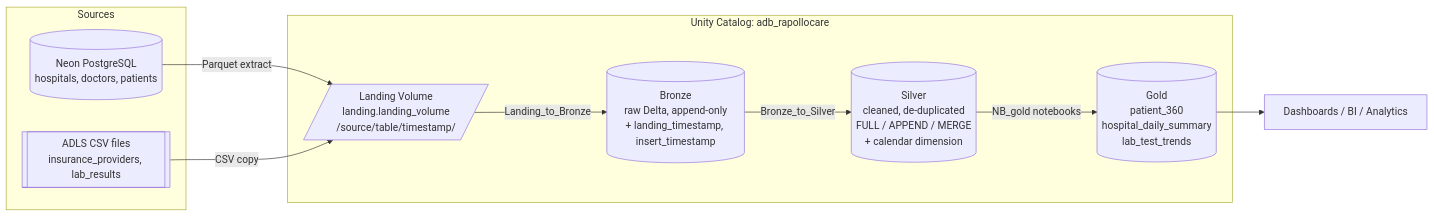
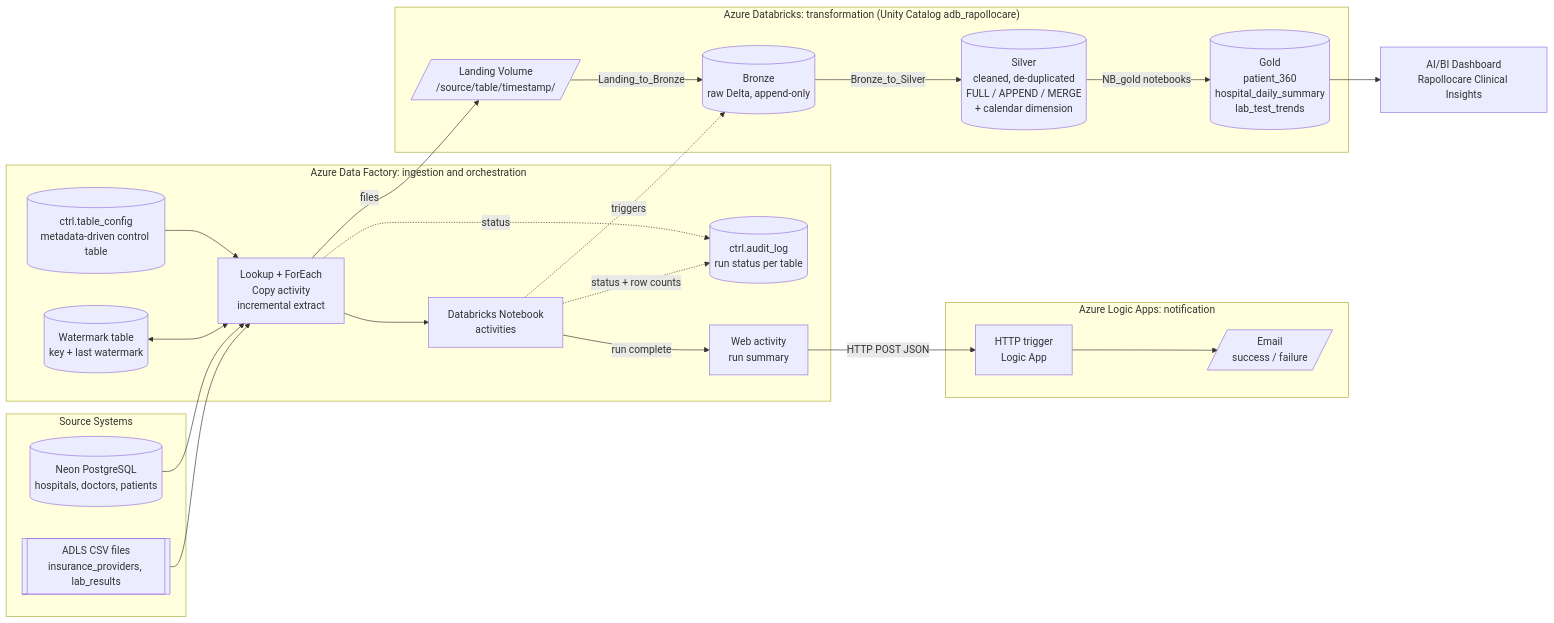
The first of 5 diagrams in PROJECT_SHOWCASE.md (ramkumartech17/rapollocare-adb-repo), drawn with Mermaid before and after one commit. The commit also changed other lines of this file and 1 other file, not shown here.

````diff
--- a/PROJECT_SHOWCASE.md
+++ b/PROJECT_SHOWCASE.md
@@ -53,23 +61,47 @@
 ```mermaid
 flowchart LR
-    subgraph Sources
+    subgraph SRC["Source Systems"]
         PG[(Neon PostgreSQL<br/>hospitals, doctors, patients)]
         CSV[[ADLS CSV files<br/>insurance_providers, lab_results]]
     end
 
-    subgraph UC["Unity Catalog: adb_rapollocare"]
-        LV[/"Landing Volume<br/>landing.landing_volume<br/>/source/table/timestamp/"/]
-        BR[(Bronze<br/>raw Delta, append-only<br/>+ landing_timestamp, insert_timestamp)]
+    subgraph ADF["Azure Data Factory: ingestion and orchestration"]
+        CFG[(ctrl.table_config<br/>metadata-driven control table)]
+        WM[(Watermark table<br/>key + last watermark)]
+        CP[Lookup + ForEach<br/>Copy activity<br/>incremental extract]
+        NB[Databricks Notebook<br/>activities]
+        AUD[(ctrl.audit_log<br/>run status per table)]
+        WEB[Web activity<br/>run summary]
+    end
+
+    subgraph NTF["Azure Logic Apps: notification"]
+        LA[HTTP trigger<br/>Logic App]
+        MAIL[/Email<br/>success / failure/]
+    end
+
+    subgraph DBX["Azure Databricks: transformation (Unity Catalog adb_rapollocare)"]
+        LV[/"Landing Volume<br/>/source/table/timestamp/"/]
+        BR[(Bronze<br/>raw Delta, append-only)]
         SV[(Silver<br/>cleaned, de-duplicated<br/>FULL / APPEND / MERGE<br/>+ calendar dimension)]
         GD[(Gold<br/>patient_360<br/>hospital_daily_summary<br/>lab_test_trends)]
     end
 
-    BI[Dashboards / BI / Analytics]
+    BI[AI/BI Dashboard<br/>Rapollocare Clinical Insights]
 
-    PG -- Parquet extract --> LV
-    CSV -- CSV copy --> LV
+    CFG --> CP
+    WM <--> CP
+    PG --> CP
+    CSV --> CP
+    CP -- files --> LV
+    CP --> NB
+    NB -. triggers .-> BR
     LV -- Landing_to_Bronze --> BR
     BR -- Bronze_to_Silver --> SV
     SV -- NB_gold notebooks --> GD
     GD --> BI
+    CP -. status .-> AUD
+    NB -. status + row counts .-> AUD
+    NB -- run complete --> WEB
+    WEB -- HTTP POST JSON --> LA
+    LA --> MAIL
 ```
````
